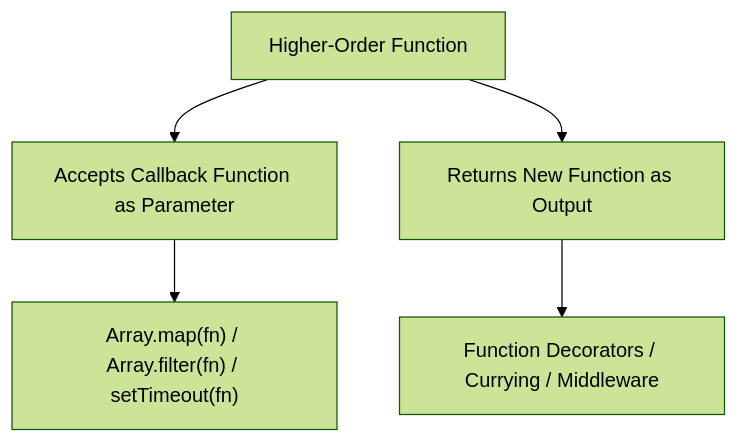
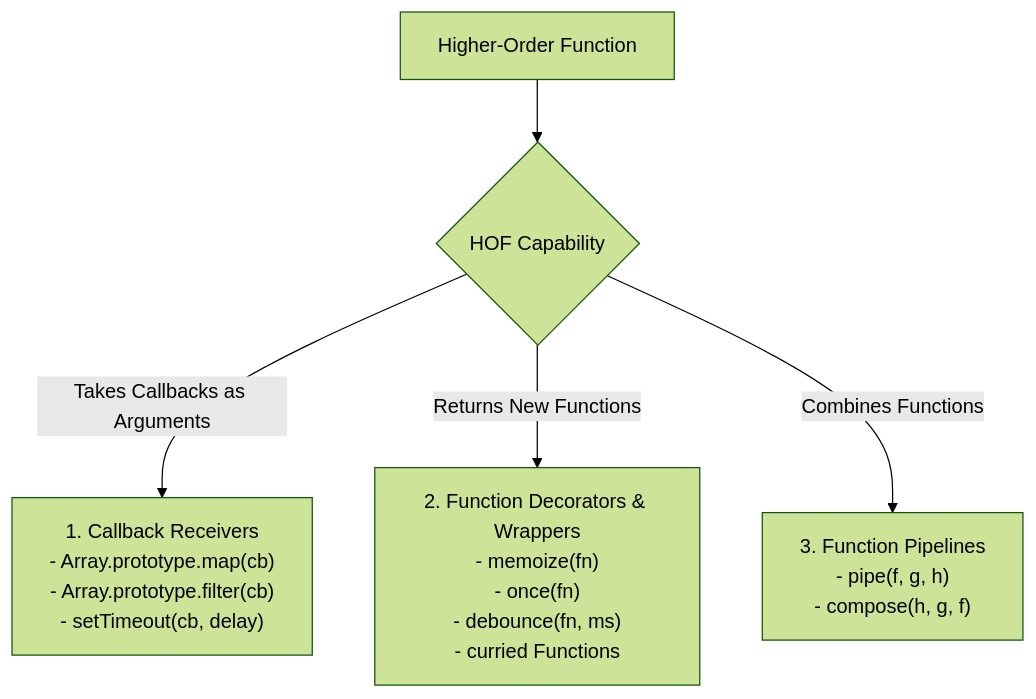
The first of 3 diagrams in js-notes/21-higher-order-functions.md (Amie-dev/engineering-playbook), drawn with Mermaid (forest theme) before and after one commit. The commit also changed other lines of this file and 42 other files, not shown here.

````diff
--- a/js-notes/21-higher-order-functions.md
+++ b/js-notes/21-higher-order-functions.md
@@ -10,8 +15,10 @@
 ```mermaid
-graph TD
-    HOF[Higher-Order Function] --> Accept[Accepts Callback Function as Parameter]
-    HOF --> Return[Returns New Function as Output]
+flowchart TD
+    HOF[Higher-Order Function] --> ParadigmChoice{HOF Capability}
 
-    Accept --> Example1["Array.map(fn) / Array.filter(fn) / setTimeout(fn)"]
-    Return --> Example2["Function Decorators / Currying / Middleware"]
+    ParadigmChoice -- "Takes Callbacks as Arguments" --> Callbacks["1. Callback Receivers<br/>- Array.prototype.map(cb)<br/>- Array.prototype.filter(cb)<br/>- setTimeout(cb, delay)"]
+
+    ParadigmChoice -- "Returns New Functions" --> Decorators["2. Function Decorators & Wrappers<br/>- memoize(fn)<br/>- once(fn)<br/>- debounce(fn, ms)<br/>- curried Functions"]
+
+    ParadigmChoice -- "Combines Functions" --> Composition["3. Function Pipelines<br/>- pipe(f, g, h)<br/>- compose(h, g, f)"]
 ```
````
